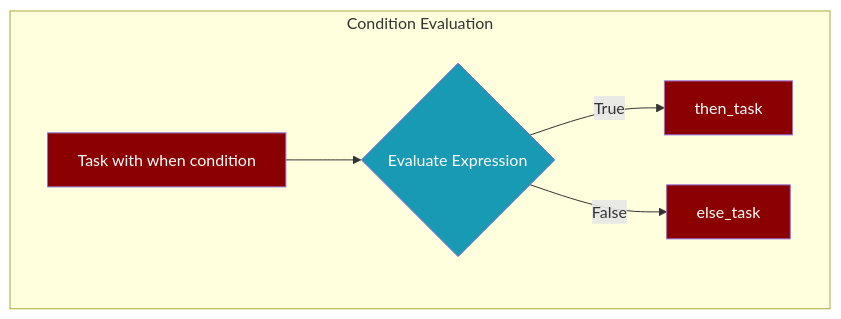
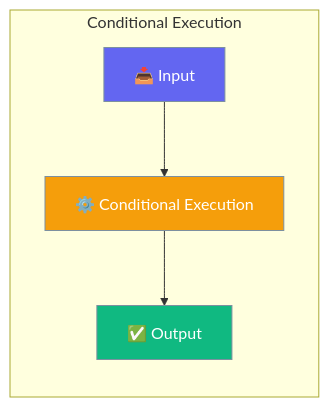
One commit to MervinPraison/PraisonAIDocs changed the diagram in docs/features/conditions.mdx. Above: the diagram before and after it, drawn with Mermaid. The commit also changed other lines of this file and 143 other files, not shown here.

First line of the commit message:
docs: AGENTS.md compliance sweep — mermaid, AccordionGroup, CardGroup, Steps (fixes #1000)

````diff
--- a/docs/features/conditions.mdx
+++ b/docs/features/conditions.mdx
@@ -209,13 +11,15 @@
 ```mermaid
-flowchart TD
-    subgraph Condition["Condition Evaluation"]
-        A[Task with when condition] --> B{Evaluate Expression}
-        B -->|True| C[then_task]
-        B -->|False| D[else_task]
+graph LR
+    subgraph "Conditional Execution"
+        A[📥 Input] --> B[⚙️ Conditional Execution]
+        B --> C[✅ Output]
     end
-    
-    style A fill:#8B0000,color:#fff
-    style B fill:#189AB4,color:#fff
-    style C fill:#8B0000,color:#fff
-    style D fill:#8B0000,color:#fff
+
+    classDef input fill:#6366F1,stroke:#7C90A0,color:#fff
+    classDef process fill:#F59E0B,stroke:#7C90A0,color:#fff
+    classDef output fill:#10B981,stroke:#7C90A0,color:#fff
+
+    class A input
+    class B process
+    class C output
 ```
````
